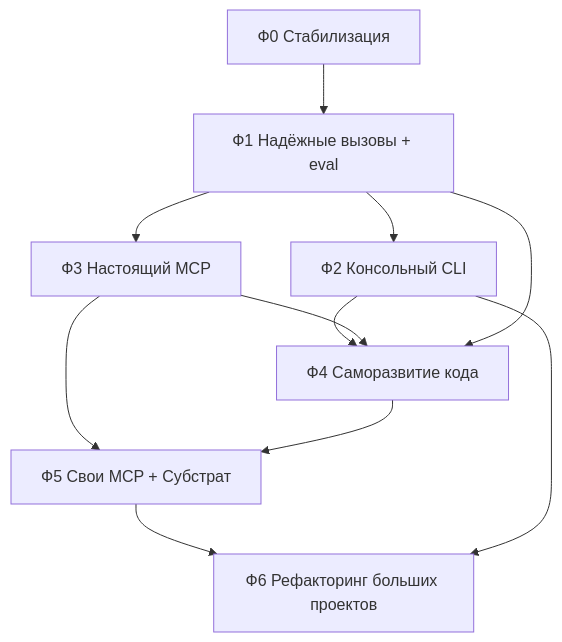
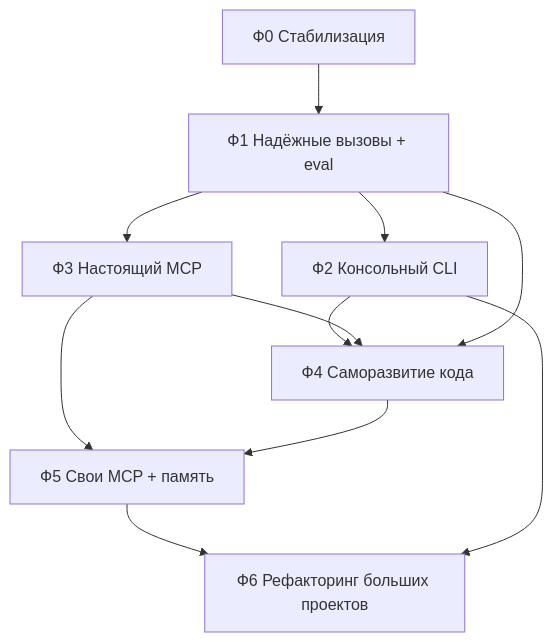
One commit to crazedr0m/ai-agent changed the diagram in plans/roadmap-from-target.md. Above: the diagram before and after it, drawn with Mermaid. The commit also changed other lines of this file and 39 other files, not shown here.

````diff
--- a/plans/roadmap-from-target.md
+++ b/plans/roadmap-from-target.md
@@ -106,13 +106,13 @@
 ```mermaid
 flowchart TD
     F0[Ф0 Стабилизация] --> F1[Ф1 Надёжные вызовы + eval]
     F1 --> F2[Ф2 Консольный CLI]
     F1 --> F3[Ф3 Настоящий MCP]
     F2 --> F4[Ф4 Саморазвитие кода]
     F3 --> F4
     F1 --> F4
-    F3 --> F5[Ф5 Свои MCP + Субстрат]
+    F3 --> F5[Ф5 Свои MCP + память]
     F4 --> F5
     F5 --> F6[Ф6 Рефакторинг больших проектов]
     F2 --> F6
 ```
````
